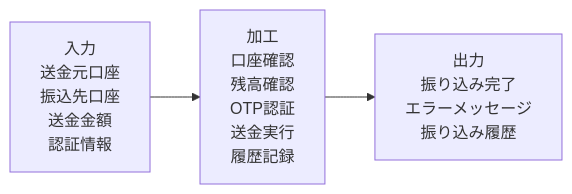
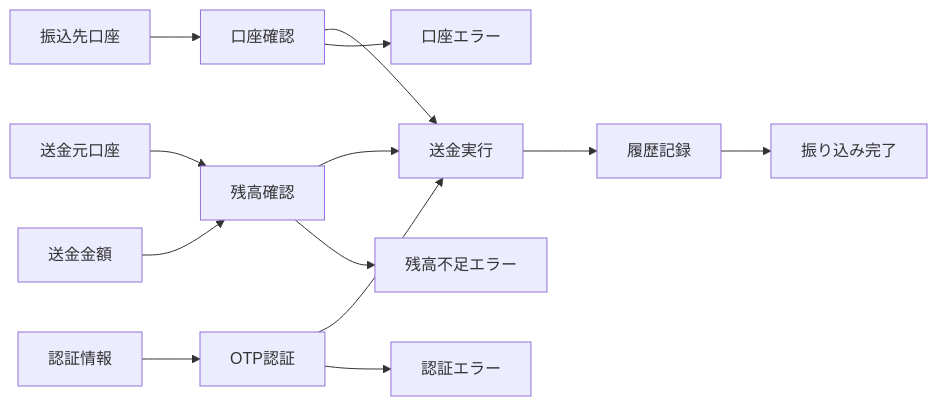
The first of 6 diagrams in kindle/design-patterns/output/chapter02.md (kumachan1101-pixel/DesignPattern), drawn with Mermaid before and after one commit. The commit also changed 14 other files, not shown here.

Commit message:
fix: 仕様フロー図を細分化

````diff
--- a/kindle/design-patterns/output/chapter02.md
+++ b/kindle/design-patterns/output/chapter02.md
@@ -30,8 +30,15 @@
 ```mermaid
 flowchart LR
-    I["入力<br/>送金元口座<br/>振込先口座<br/>送金金額<br/>認証情報"]
-    P["加工<br/>口座確認<br/>残高確認<br/>OTP認証<br/>送金実行<br/>履歴記録"]
-    O["出力<br/>振り込み完了<br/>エラーメッセージ<br/>振り込み履歴"]
-
-    I --> P --> O
+    A["送金元口座"] --> B["残高確認"]
+    C["振込先口座"] --> D["口座確認"]
+    E["送金金額"] --> B
+    F["認証情報"] --> G["OTP認証"]
+    D --> H["送金実行"]
+    B --> H
+    G --> H
+    H --> I["履歴記録"]
+    I --> J["振り込み完了"]
+    D --> K["口座エラー"]
+    B --> L["残高不足エラー"]
+    G --> M["認証エラー"]
 ```
````
